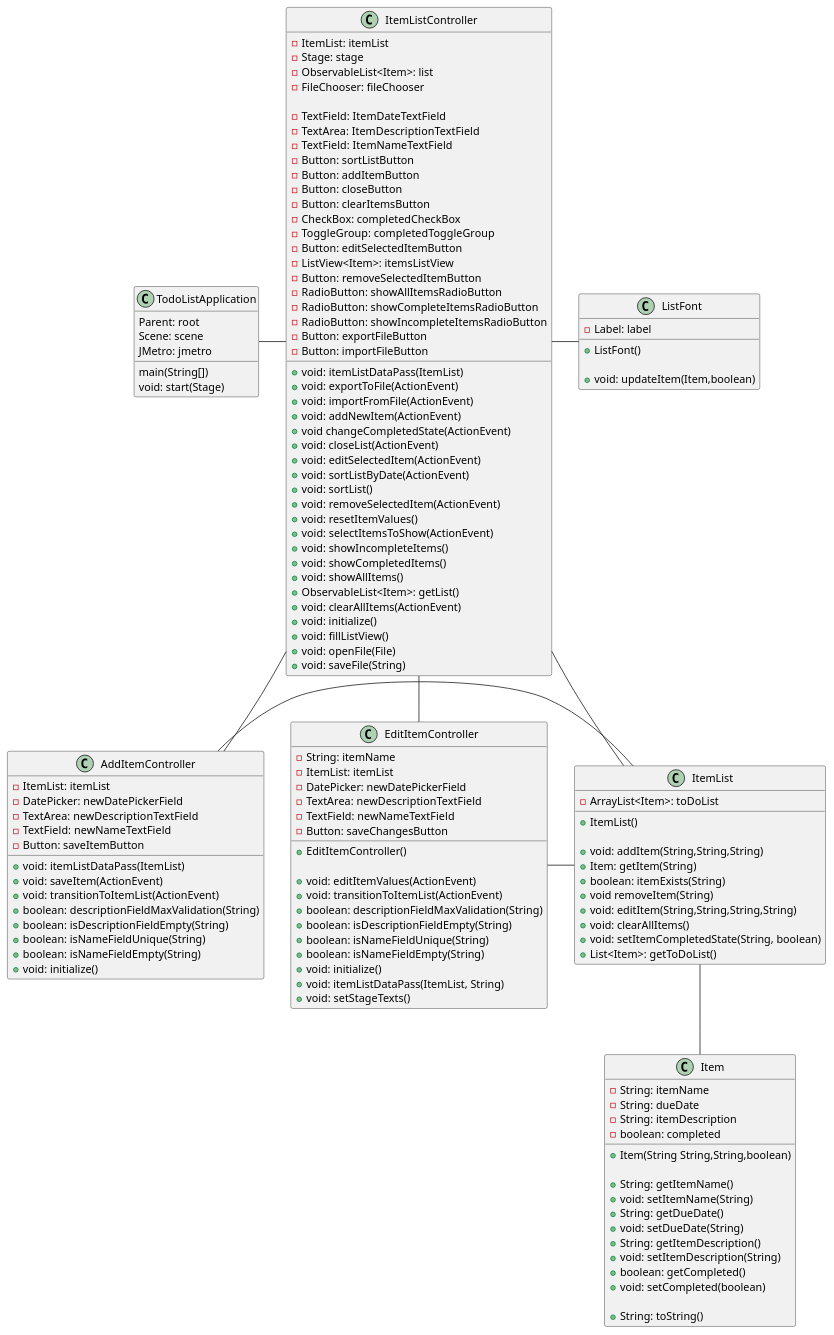
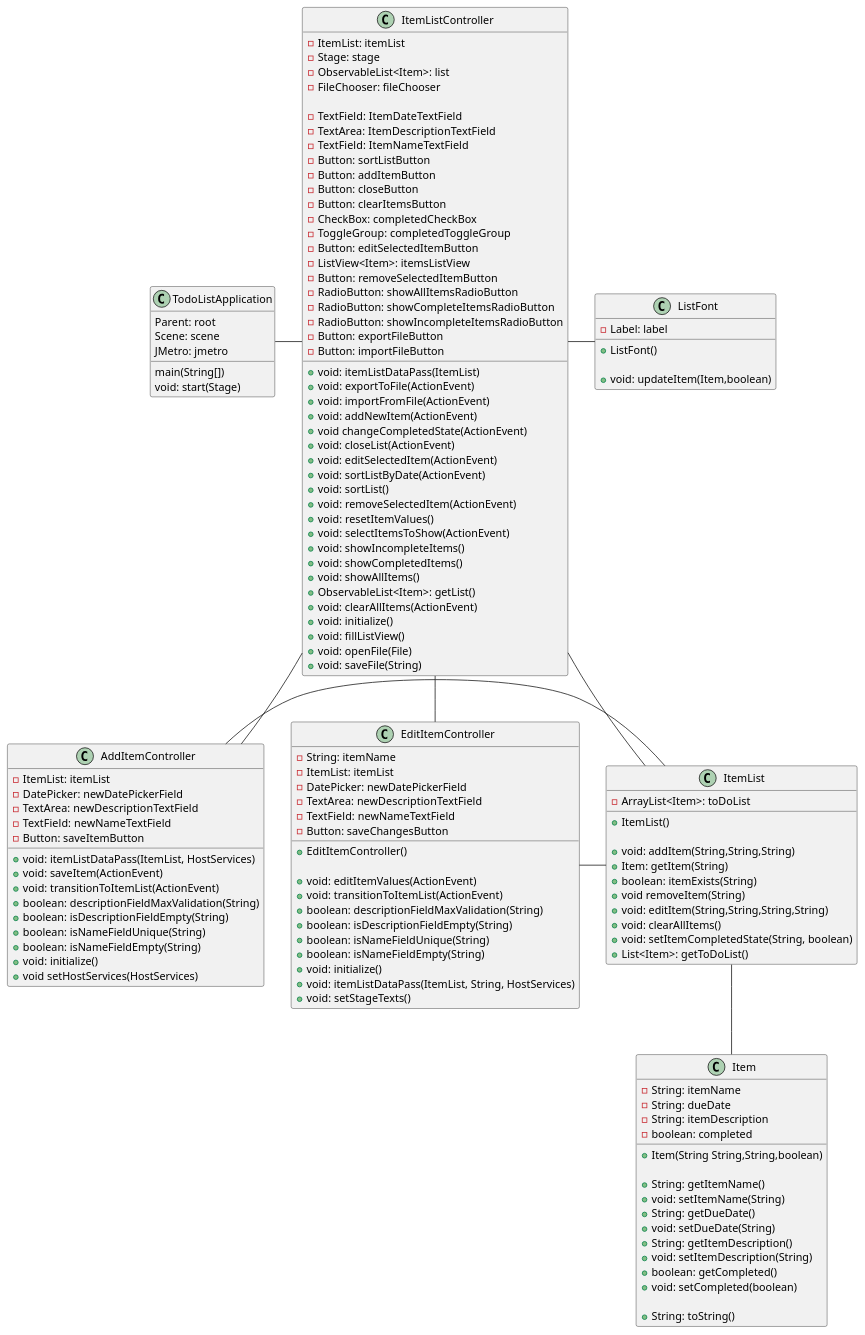
One commit to CapOregon9/bagherzadeh-app1-impl changed the diagram in docs/Classes.puml. Above: the diagram before and after it, drawn with PlantUML. The commit also changed 7 other files, not shown here.

```diff
--- a/docs/Classes.puml
+++ b/docs/Classes.puml
@@ -1,150 +1,151 @@
 @startuml
 
 TodoListApplication -right- ItemListController
 ItemListController -- AddItemController
 ItemListController -- EditItemController
 ItemListController -- ItemList
 AddItemController -right- ItemList
 EditItemController -right- ItemList
 ItemList -- Item
 ItemListController -right- ListFont
 
 class TodoListApplication {
     main(String[])
     void: start(Stage)
     Parent: root
     Scene: scene
     JMetro: jmetro
 }
 
 class ItemList {
 
 -ArrayList<Item>: toDoList
 
 +ItemList()
 
 +void: addItem(String,String,String)
 +Item: getItem(String)
 +boolean: itemExists(String)
 +void removeItem(String)
 +void: editItem(String,String,String,String)
 +void: clearAllItems()
 +void: setItemCompletedState(String, boolean)
 +List<Item>: getToDoList()
 
 }
 
 class Item {
 -String: itemName
 -String: dueDate
 -String: itemDescription
 -boolean: completed
 
 +Item(String String,String,boolean)
 
 +String: getItemName()
 +void: setItemName(String)
 +String: getDueDate()
 +void: setDueDate(String)
 +String: getItemDescription()
 +void: setItemDescription(String)
 +boolean: getCompleted()
 +void: setCompleted(boolean)
 
 +String: toString()
 }
 
 class ItemListController {
 -ItemList: itemList
 -Stage: stage
 -ObservableList<Item>: list
 -FileChooser: fileChooser
 
 -TextField: ItemDateTextField
 -TextArea: ItemDescriptionTextField
 -TextField: ItemNameTextField
 -Button: sortListButton
 -Button: addItemButton
 -Button: closeButton
 -Button: clearItemsButton
 -CheckBox: completedCheckBox
 -ToggleGroup: completedToggleGroup
 -Button: editSelectedItemButton
 -ListView<Item>: itemsListView
 -Button: removeSelectedItemButton
 -RadioButton: showAllItemsRadioButton
 -RadioButton: showCompleteItemsRadioButton
 -RadioButton: showIncompleteItemsRadioButton
 -Button: exportFileButton
 -Button: importFileButton
 
 +void: itemListDataPass(ItemList)
 +void: exportToFile(ActionEvent)
 +void: importFromFile(ActionEvent)
 +void: addNewItem(ActionEvent)
 +void changeCompletedState(ActionEvent)
 +void: closeList(ActionEvent)
 +void: editSelectedItem(ActionEvent)
 +void: sortListByDate(ActionEvent)
 +void: sortList()
 +void: removeSelectedItem(ActionEvent)
 +void: resetItemValues()
 +void: selectItemsToShow(ActionEvent)
 +void: showIncompleteItems()
 +void: showCompletedItems()
 +void: showAllItems()
 +ObservableList<Item>: getList()
 +void: clearAllItems(ActionEvent)
 +void: initialize()
 +void: fillListView()
 +void: openFile(File)
 +void: saveFile(String)
 }
 
 class AddItemController {
 -ItemList: itemList
 -DatePicker: newDatePickerField
 -TextArea: newDescriptionTextField
 -TextField: newNameTextField
 -Button: saveItemButton
 
-+void: itemListDataPass(ItemList)
++void: itemListDataPass(ItemList, HostServices)
 +void: saveItem(ActionEvent)
 +void: transitionToItemList(ActionEvent)
 +boolean: descriptionFieldMaxValidation(String)
 +boolean: isDescriptionFieldEmpty(String)
 +boolean: isNameFieldUnique(String)
 +boolean: isNameFieldEmpty(String)
 +void: initialize()
++void setHostServices(HostServices)
 }
 
 class EditItemController {
 -String: itemName
 -ItemList: itemList
 -DatePicker: newDatePickerField
 -TextArea: newDescriptionTextField
 -TextField: newNameTextField
 -Button: saveChangesButton
 
 +EditItemController()
 
 +void: editItemValues(ActionEvent)
 +void: transitionToItemList(ActionEvent)
 +boolean: descriptionFieldMaxValidation(String)
 +boolean: isDescriptionFieldEmpty(String)
 +boolean: isNameFieldUnique(String)
 +boolean: isNameFieldEmpty(String)
 +void: initialize()
-+void: itemListDataPass(ItemList, String)
++void: itemListDataPass(ItemList, String, HostServices)
 +void: setStageTexts()
 }
 
 class ListFont {
 -Label: label
 
 +ListFont()
 
 +void: updateItem(Item,boolean)
 }
 
 @enduml
```
